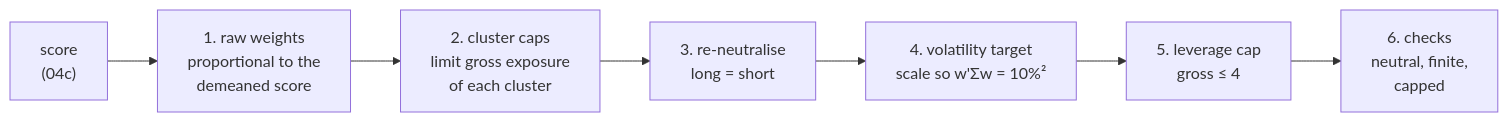
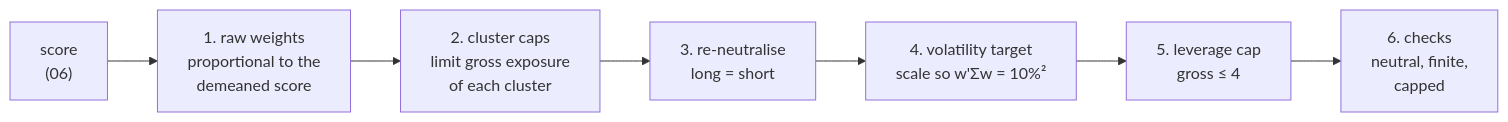
Diagram 11 of 12 in docs/methodology.md (qlemoal/quant_alpha_lab), drawn with Mermaid before and after one commit. The commit also changed other lines of this file and 10 other files, not shown here.

````diff
--- a/docs/methodology.md
+++ b/docs/methodology.md
@@ -337,9 +337,9 @@
 ```mermaid
 flowchart LR
-    S["score<br/>(04c)"] --> W["1. raw weights<br/>proportional to the<br/>demeaned score"]
+    S["score<br/>(06)"] --> W["1. raw weights<br/>proportional to the<br/>demeaned score"]
     W --> CAP["2. cluster caps<br/>limit gross exposure<br/>of each cluster"]
     CAP --> NEU["3. re-neutralise<br/>long = short"]
     NEU --> VT["4. volatility target<br/>scale so w'Σw = 10%²"]
     VT --> LEV["5. leverage cap<br/>gross ≤ 4"]
     LEV --> CHK["6. checks<br/>neutral, finite,<br/>capped"]
 ```
````
